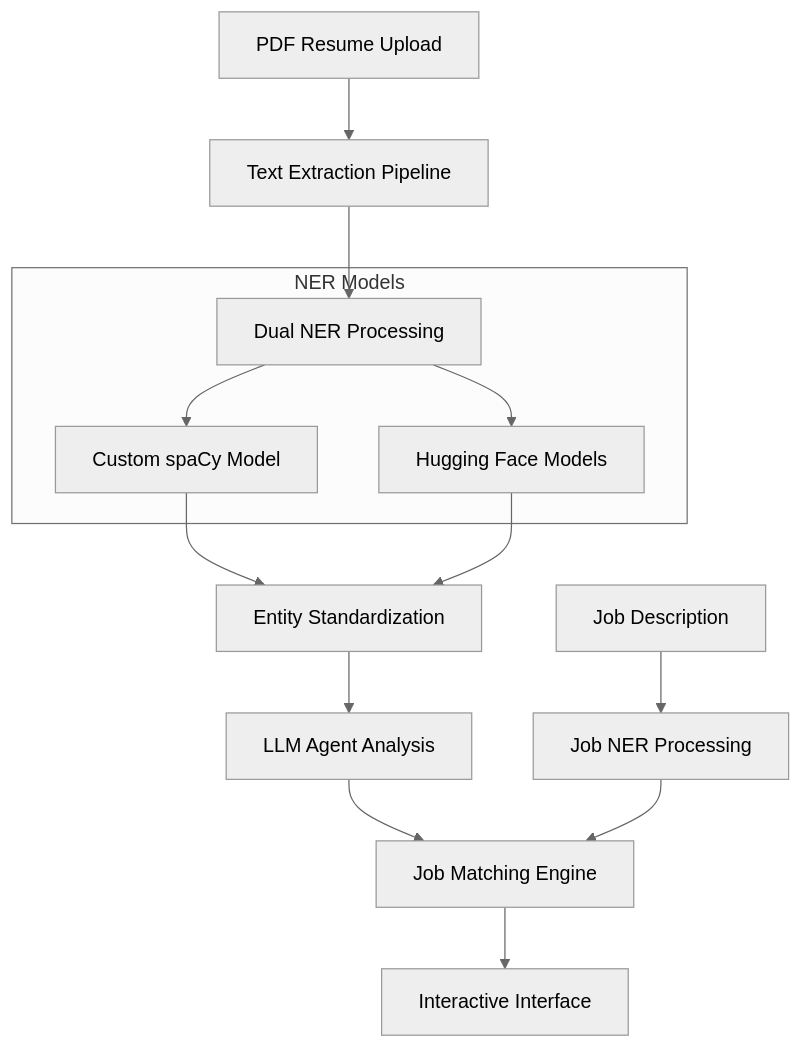
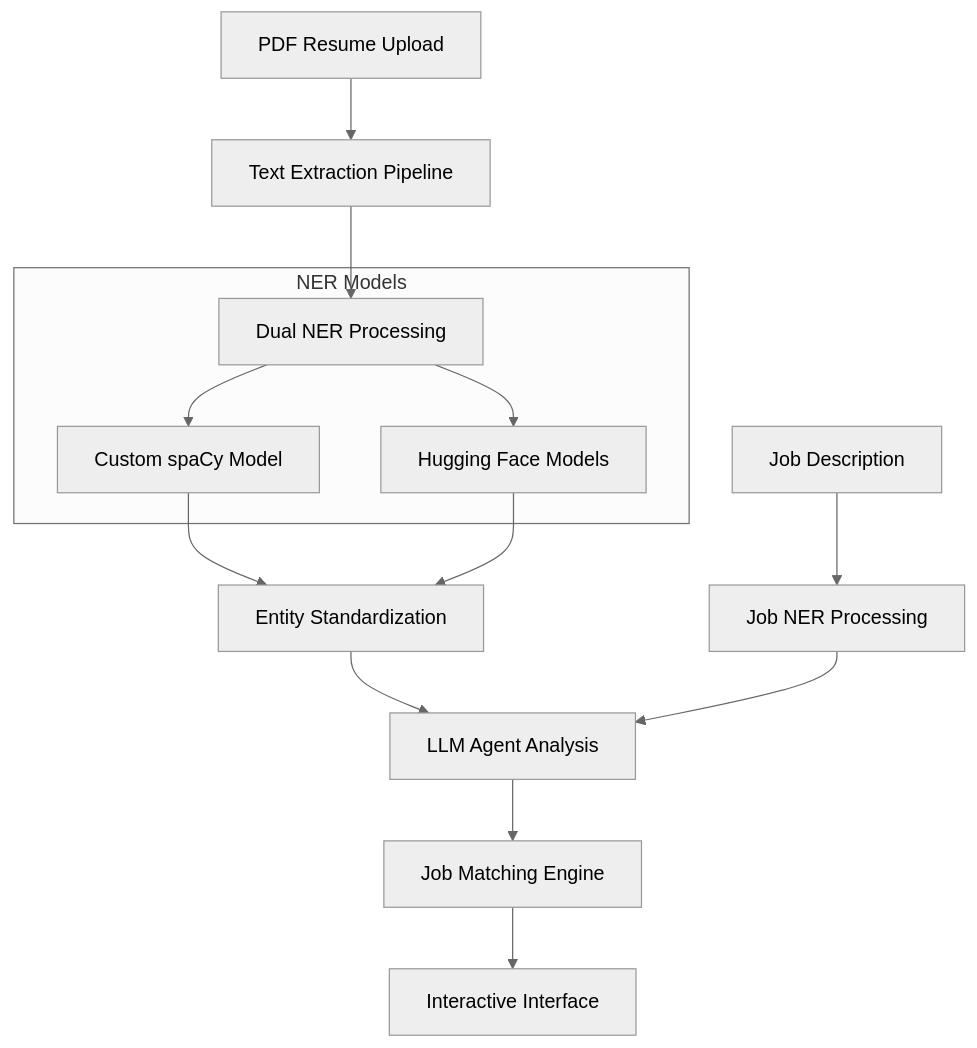
Before and after one commit to YassineBen-Yahia/Resume-assistant: the diagram in README.md, drawn with Mermaid (neutral theme).

Commit message:
changes in the graph of readme

````diff
--- a/README.md
+++ b/README.md
@@ -27,20 +27,20 @@
 ```mermaid
 graph TB
     A[PDF Resume Upload] --> B[Text Extraction Pipeline]
     B --> C[Dual NER Processing]
     subgraph "NER Models"
         C --> J[Custom spaCy Model]
         C --> K[Hugging Face Models]
     end
 
     J --> D[Entity Standardization]
     K --> D[Entity Standardization]
     D --> E[LLM Agent Analysis]
     E --> F[Job Matching Engine]
     F --> G[Interactive Interface]
     
     H[Job Description] --> I[Job NER Processing]
-    I --> F
+    I --> E
     
 
 ```
````
